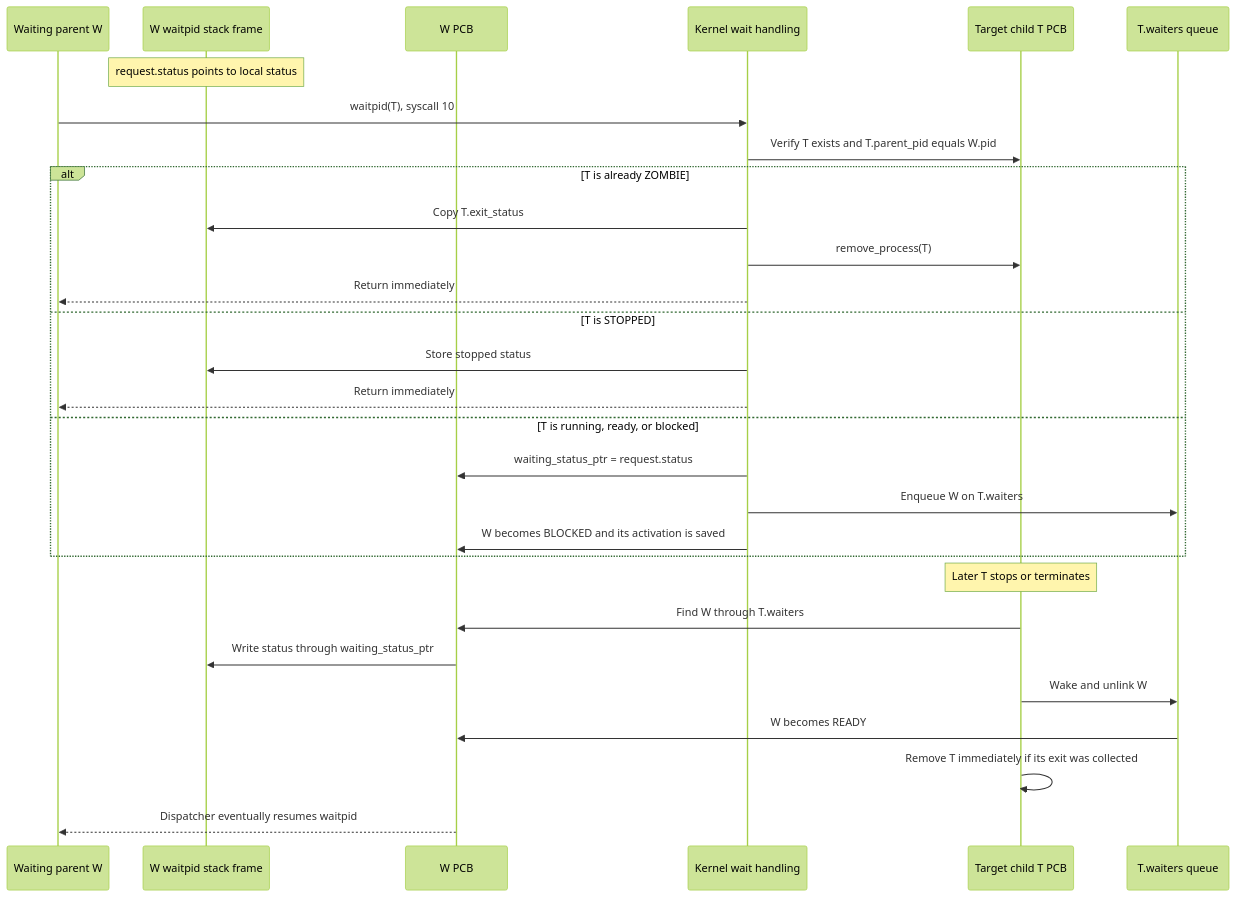
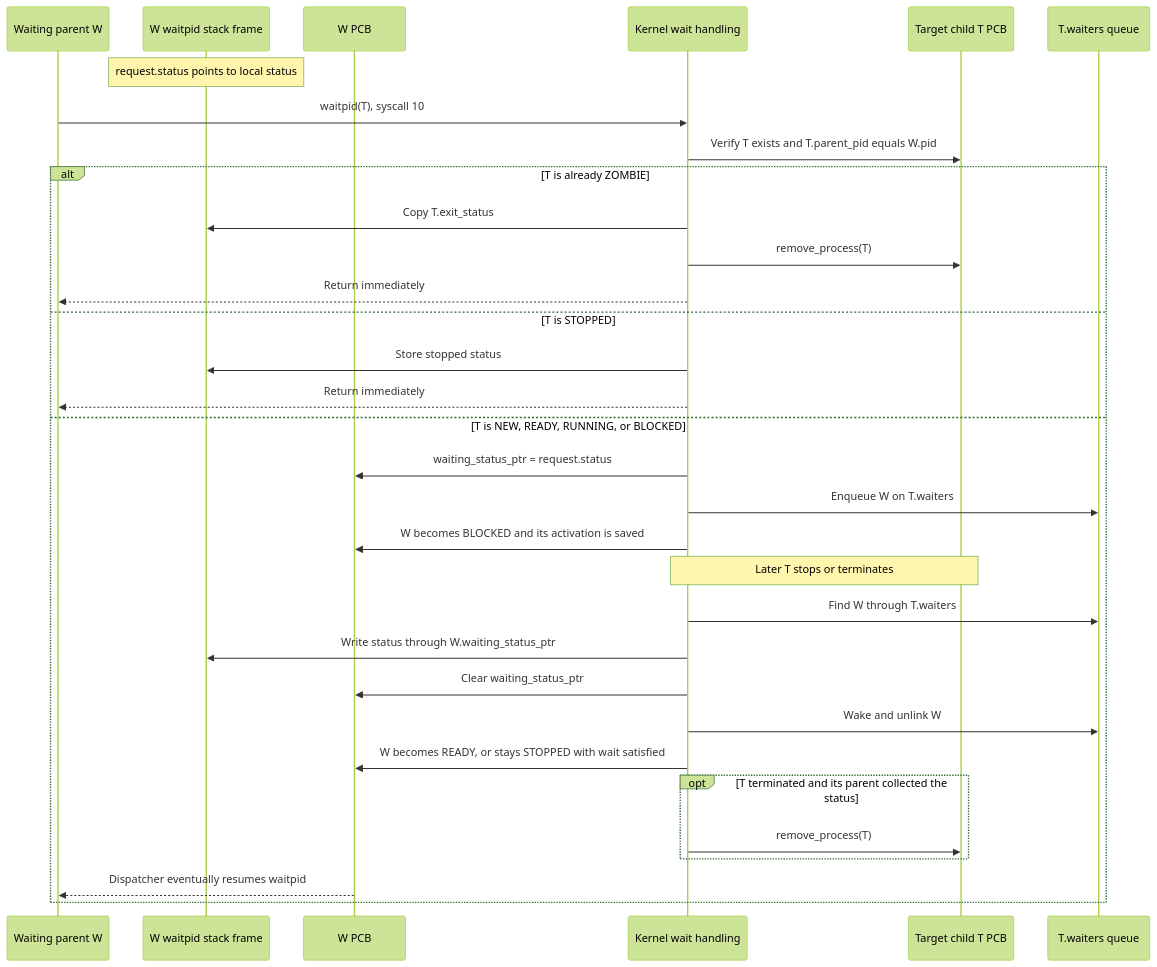
One commit to matthejue/Pico-OS changed diagram 14 of 30 in README.md. Above: the diagram before and after it, drawn with Mermaid (forest theme). The commit also changed other lines of this file, not shown here.

Commit message:
updated README with clearer explanations, diagrams, and source links

````diff
--- a/README.md
+++ b/README.md
@@ -1922,33 +2042,35 @@
 ```mermaid
 sequenceDiagram
     participant W as Waiting parent W
     participant WS as W waitpid stack frame
     participant WP as W PCB
     participant K as Kernel wait handling
     participant TP as Target child T PCB
     participant TQ as T.waiters queue
 
     Note over WS: request.status points to local status
     W->>K: waitpid(T), syscall 10
     K->>TP: Verify T exists and T.parent_pid equals W.pid
     alt T is already ZOMBIE
         K->>WS: Copy T.exit_status
         K->>TP: remove_process(T)
         K-->>W: Return immediately
     else T is STOPPED
         K->>WS: Store stopped status
         K-->>W: Return immediately
-    else T is running, ready, or blocked
+    else T is NEW, READY, RUNNING, or BLOCKED
         K->>WP: waiting_status_ptr = request.status
         K->>TQ: Enqueue W on T.waiters
         K->>WP: W becomes BLOCKED and its activation is saved
+        Note over K,TP: Later T stops or terminates
+        K->>TQ: Find W through T.waiters
+        K->>WS: Write status through W.waiting_status_ptr
+        K->>WP: Clear waiting_status_ptr
+        K->>TQ: Wake and unlink W
+        K->>WP: W becomes READY, or stays STOPPED with wait satisfied
+        opt T terminated and its parent collected the status
+            K->>TP: remove_process(T)
+        end
+        WP-->>W: Dispatcher eventually resumes waitpid
     end
-
-    Note over TP: Later T stops or terminates
-    TP->>WP: Find W through T.waiters
-    WP->>WS: Write status through waiting_status_ptr
-    TP->>TQ: Wake and unlink W
-    TQ->>WP: W becomes READY
-    TP->>TP: Remove T immediately if its exit was collected
-    WP-->>W: Dispatcher eventually resumes waitpid
 ```
````
